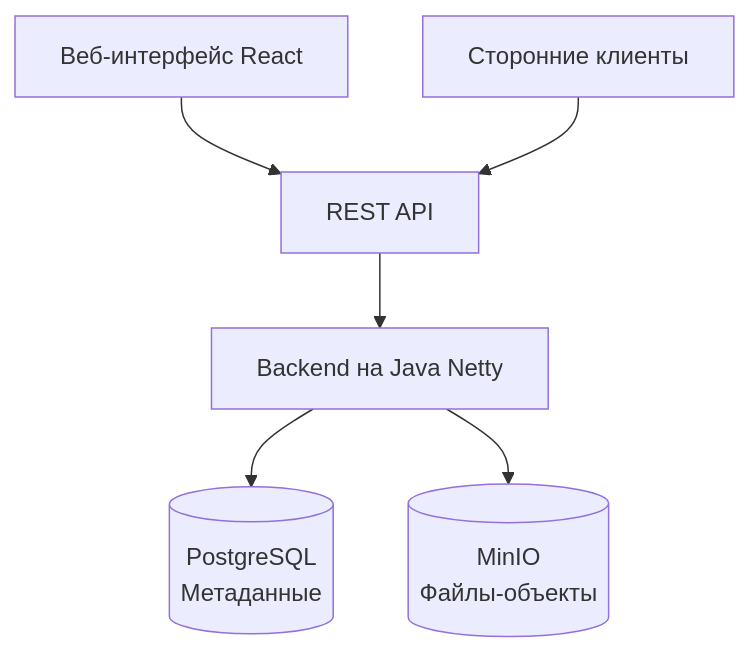
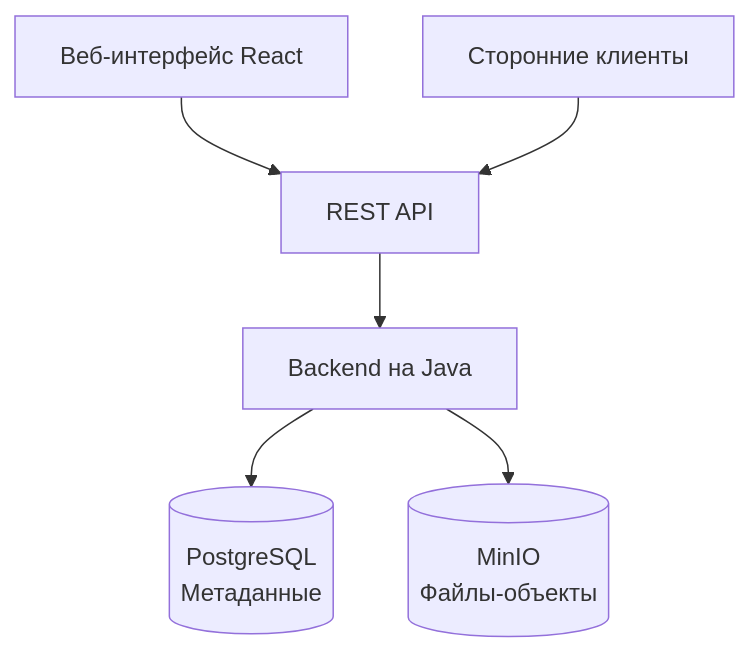
The diagram in README.md (algaa22/MWS-Cloud-Storage_team-4), drawn with Mermaid before and after one commit. The commit also changed other lines of this file and 1 other file, not shown here.

````diff
--- a/README.md
+++ b/README.md
@@ -89,8 +89,8 @@
 ```mermaid
 graph TD
     A[Веб-интерфейс React] --> B[REST API]
     C[Сторонние клиенты] --> B
-    B --> D[Backend на Java Netty]
+    B --> D[Backend на Java]
     D --> E[(PostgreSQL<br/>Метаданные)]
     D --> F[(MinIO<br/>Файлы-объекты)]
 ```
````
